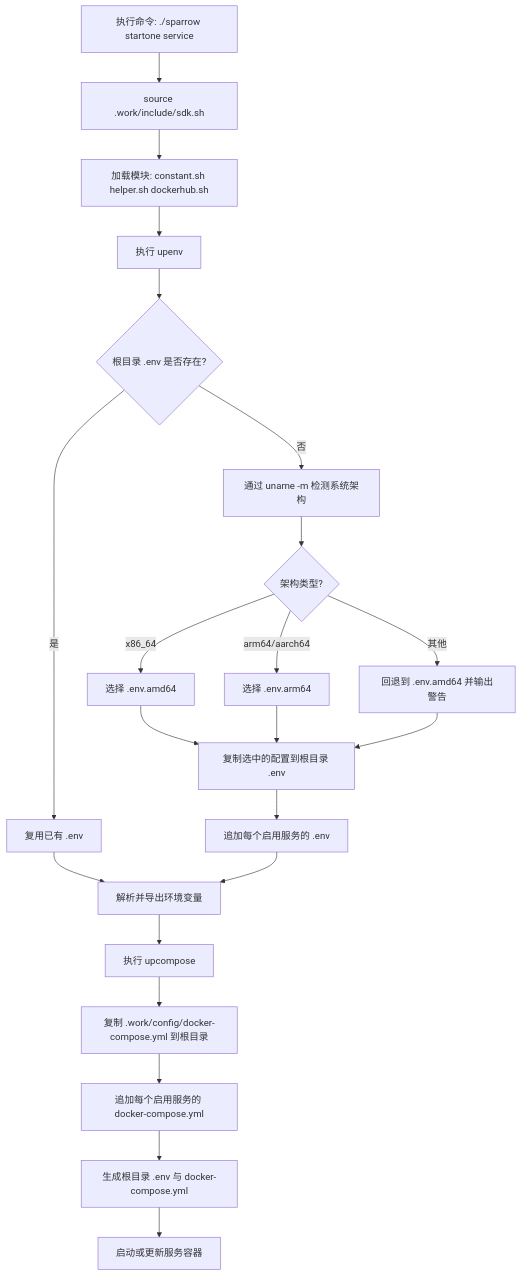
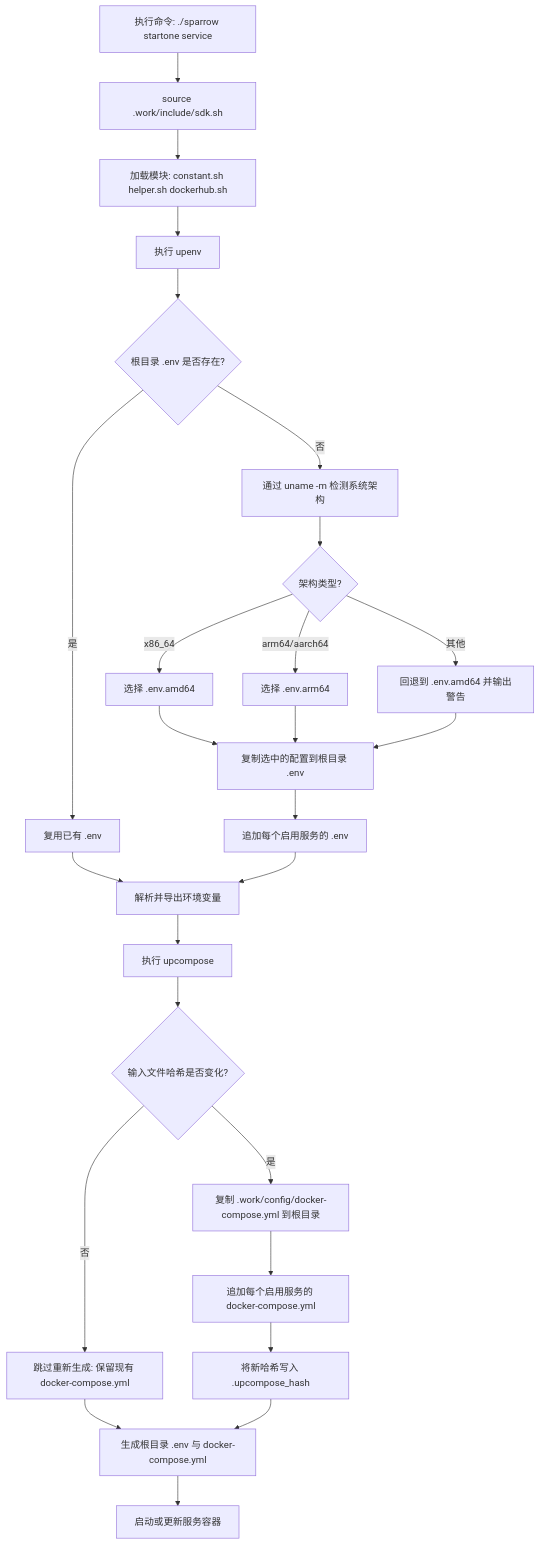
The diagram in .work/extra/doc/3.DEVELOPMENT_ZH.md (WGrape/sparrow), drawn with Mermaid before and after one commit. The commit also changed other lines of this file and 5 other files, not shown here.

Commit message:
feat: regenerate docker-compose.yml or not ? add support: check docker-compose.yml change by hash

````diff
--- a/.work/extra/doc/3.DEVELOPMENT_ZH.md
+++ b/.work/extra/doc/3.DEVELOPMENT_ZH.md
@@ -56,22 +58,25 @@
 ```mermaid
 flowchart TD
 	A[执行命令: ./sparrow startone service] --> B[source .work/include/sdk.sh]
 	B --> C[加载模块: constant.sh helper.sh dockerhub.sh]
 	C --> D[执行 upenv]
 	D --> E{根目录 .env 是否存在?}
 	E -- 否 --> F[通过 uname -m 检测系统架构]
 	F --> FA{架构类型?}
 	FA -- x86_64 --> FB[选择 .env.amd64]
 	FA -- arm64/aarch64 --> FC[选择 .env.arm64]
 	FA -- 其他 --> FD[回退到 .env.amd64 并输出警告]
 	FB & FC & FD --> G2[复制选中的配置到根目录 .env]
 	E -- 是 --> G[复用已有 .env]
 	G2 --> H[追加每个启用服务的 .env]
 	G --> I[解析并导出环境变量]
 	H --> I
 	I --> J[执行 upcompose]
-	J --> K[复制 .work/config/docker-compose.yml 到根目录]
+	J --> JH{输入文件哈希是否变化?}
+	JH -- 否 --> JN[跳过重新生成: 保留现有 docker-compose.yml]
+	JH -- 是 --> K[复制 .work/config/docker-compose.yml 到根目录]
 	K --> L[追加每个启用服务的 docker-compose.yml]
-	L --> M[生成根目录 .env 与 docker-compose.yml]
+	L --> LS[将新哈希写入 .upcompose_hash]
+	JN & LS --> M[生成根目录 .env 与 docker-compose.yml]
 	M --> N[启动或更新服务容器]
 ```
````
